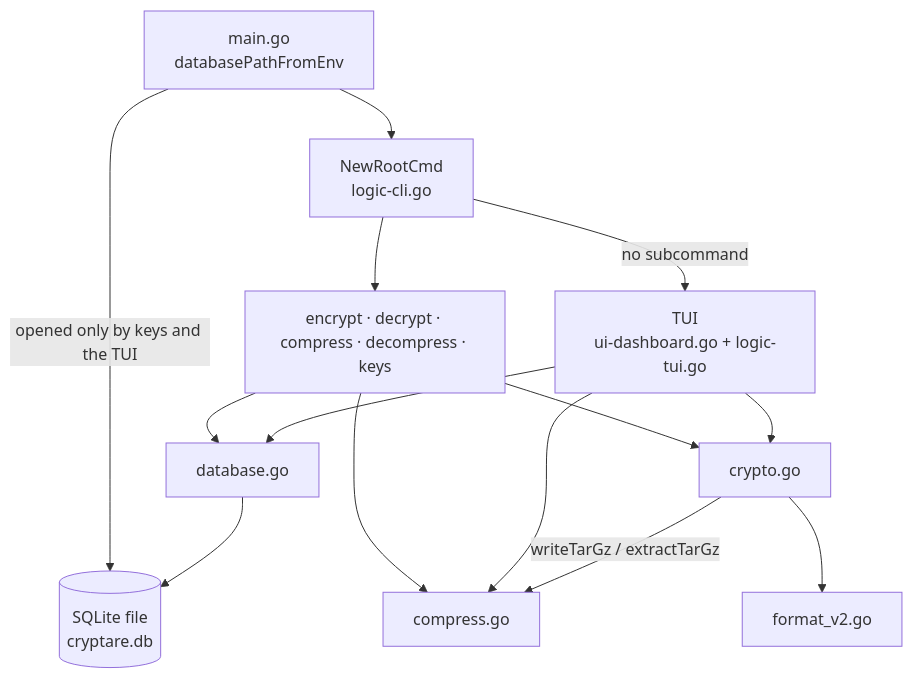
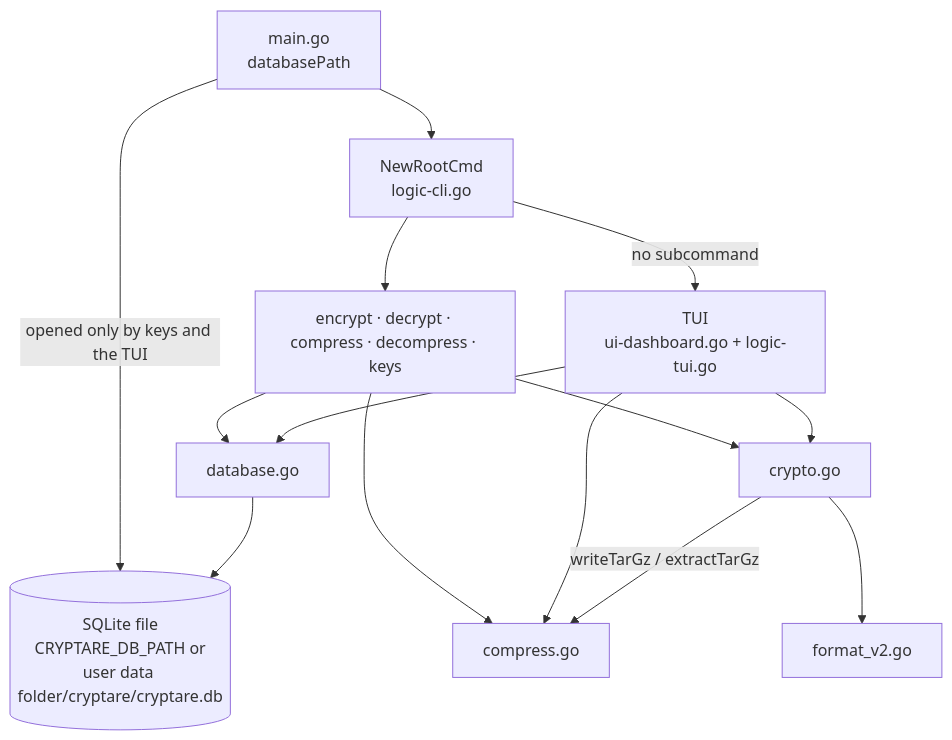
The first of 3 diagrams in intel/map.md (jabbott-iii/Cryptare), drawn with Mermaid before and after one commit. The commit also changed other lines of this file and 22 other files, not shown here.

````diff
--- a/intel/map.md
+++ b/intel/map.md
@@ -64,16 +66,16 @@
 ```mermaid
 flowchart TD
-  main["main.go<br/>databasePathFromEnv"] -->|"opened only by keys and the TUI"| dbfile[("SQLite file<br/>cryptare.db")]
+  main["main.go<br/>databasePath"] -->|"opened only by keys and the TUI"| dbfile[("SQLite file<br/>CRYPTARE_DB_PATH or<br/>user data folder/cryptare/cryptare.db")]
   main --> root["NewRootCmd<br/>logic-cli.go"]
   root -->|no subcommand| tui["TUI<br/>ui-dashboard.go + logic-tui.go"]
   root --> cli["encrypt · decrypt · compress · decompress · keys"]
   cli --> crypto["crypto.go"]
   cli --> compress["compress.go"]
   cli --> database["database.go"]
   tui --> crypto
   tui --> compress
   tui --> database
   crypto -->|"writeTarGz / extractTarGz"| compress
   crypto --> format["format_v2.go"]
   database --> dbfile
 ```
````
